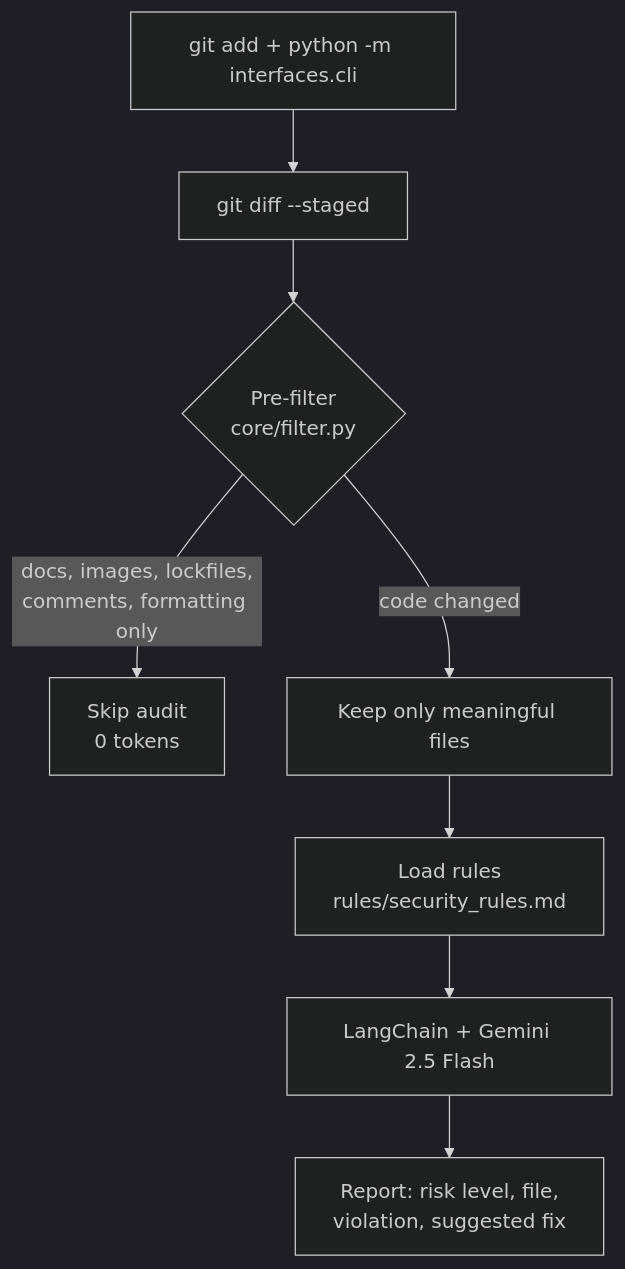
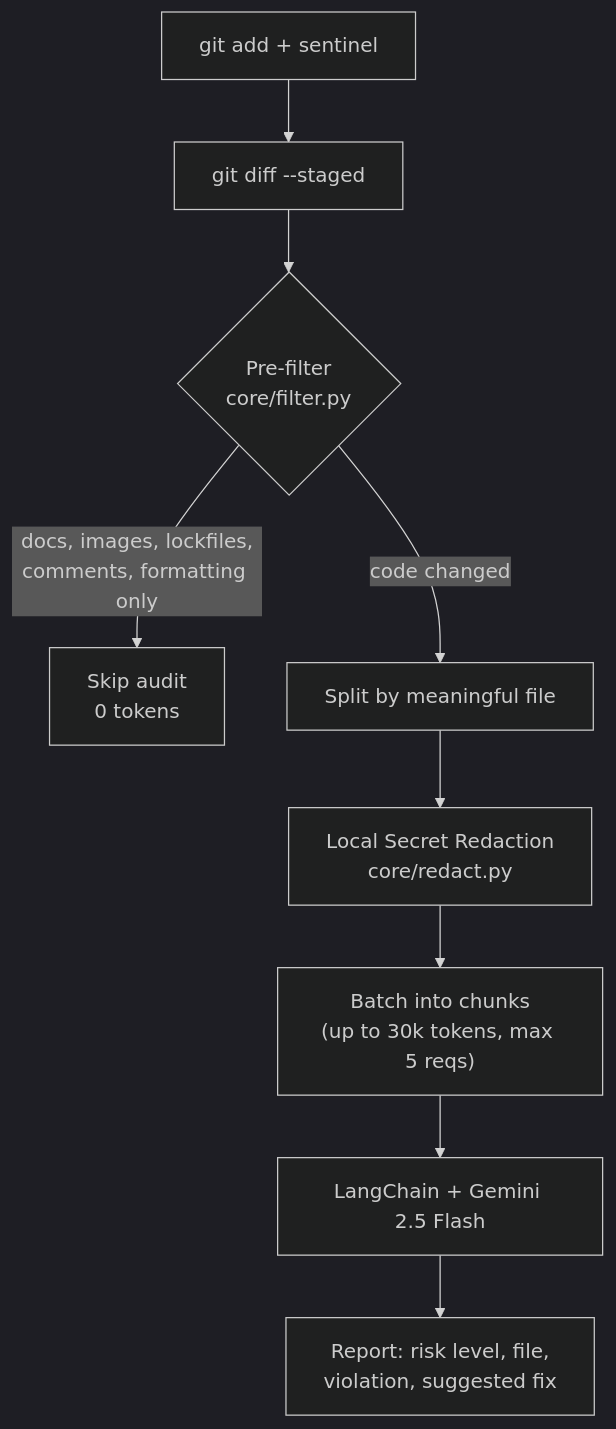
One commit to SHREYASHSINGHAI/Sentinel-Code changed the diagram in README.md. Above: the diagram before and after it, drawn with Mermaid (dark theme). The commit also changed other lines of this file and 3 other files, not shown here.

````diff
--- a/README.md
+++ b/README.md
@@ -25,10 +25,11 @@
 ```mermaid
 flowchart TD
-    A["git add + python -m interfaces.cli"] --> B["git diff --staged"]
+    A["git add + sentinel"] --> B["git diff --staged"]
     B --> C{"Pre-filter<br/>core/filter.py"}
     C -- "docs, images, lockfiles,<br/>comments, formatting only" --> D["Skip audit<br/>0 tokens"]
-    C -- "code changed" --> E["Keep only meaningful files"]
-    E --> F["Load rules<br/>rules/security_rules.md"]
-    F --> G["LangChain + Gemini 2.5 Flash"]
-    G --> H["Report: risk level, file,<br/>violation, suggested fix"]
+    C -- "code changed" --> E["Split by meaningful file"]
+    E --> F["Local Secret Redaction<br/>core/redact.py"]
+    F --> G["Batch into chunks<br/>(up to 30k tokens, max 5 reqs)"]
+    G --> H["LangChain + Gemini 2.5 Flash"]
+    H --> I["Report: risk level, file,<br/>violation, suggested fix"]
 ```
````
